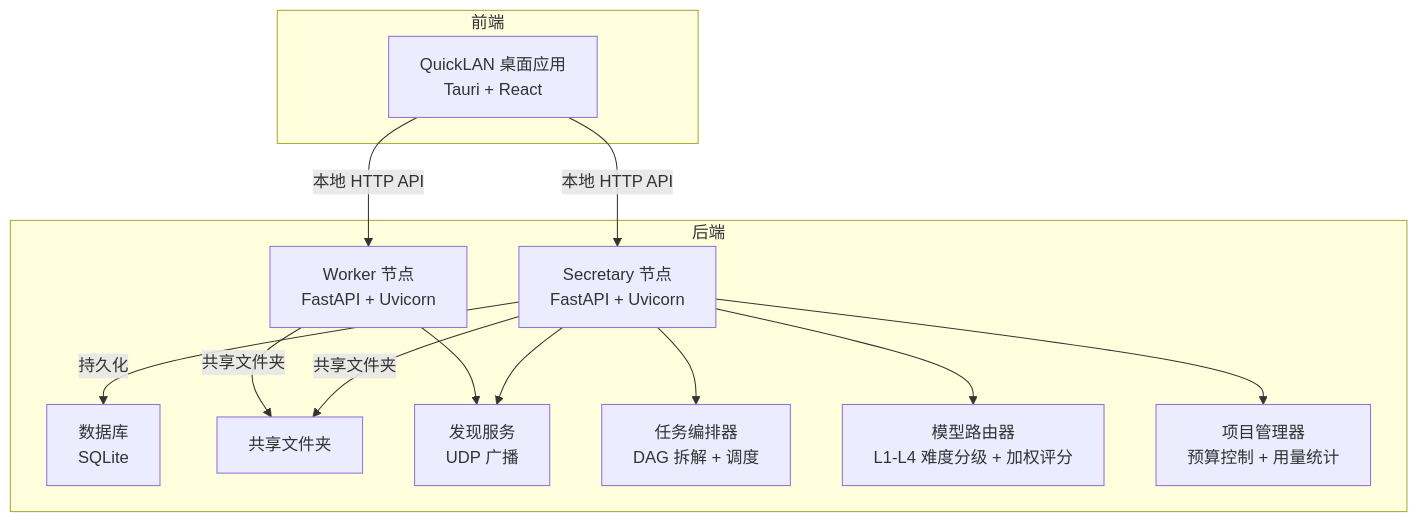
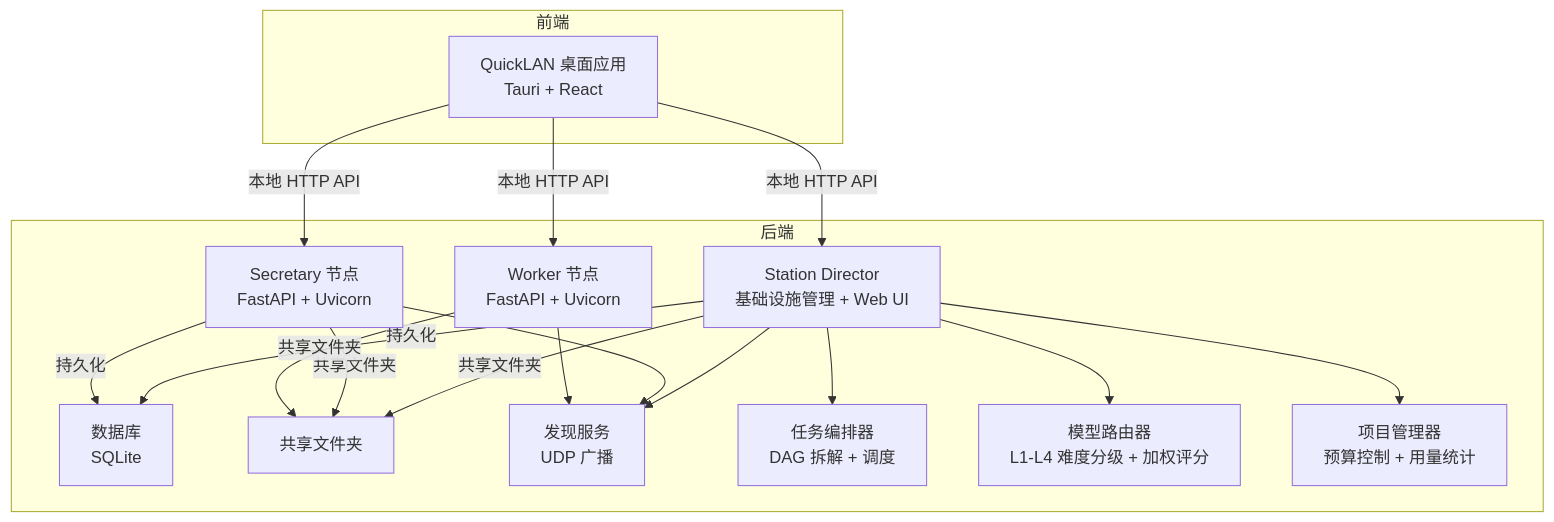
The first of 9 diagrams in .qoder/repowiki/zh/content/部署指南/部署指南.md (targalian/Personal-distributed-workstation), drawn with Mermaid before and after one commit. The commit also changed other lines of this file and 69 other files, not shown here.

````diff
--- a/.qoder/repowiki/zh/content/部署指南/部署指南.md
+++ b/.qoder/repowiki/zh/content/部署指南/部署指南.md
@@ -58,26 +67,31 @@
 ```mermaid
 graph TB
 subgraph "后端"
+SD["Station Director<br/>基础设施管理 + Web UI"]
 S["Secretary 节点<br/>FastAPI + Uvicorn"]
 W["Worker 节点<br/>FastAPI + Uvicorn"]
 D["数据库<br/>SQLite"]
 SF["共享文件夹"]
 N["发现服务<br/>UDP 广播"]
 OR["任务编排器<br/>DAG 拆解 + 调度"]
 MR["模型路由器<br/>L1-L4 难度分级 + 加权评分"]
 PM["项目管理器<br/>预算控制 + 用量统计"]
 end
 subgraph "前端"
 Q["QuickLAN 桌面应用<br/>Tauri + React"]
 end
+Q --> |"本地 HTTP API"| SD
 Q --> |"本地 HTTP API"| S
 Q --> |"本地 HTTP API"| W
+SD --> |"持久化"| D
+SD --> |"共享文件夹"| SF
 S --> |"持久化"| D
 S --> |"共享文件夹"| SF
 W --> |"共享文件夹"| SF
+SD --> N
 S --> N
 W --> N
-S --> OR
-S --> MR
-S --> PM
+SD --> OR
+SD --> MR
+SD --> PM
 ```
````
